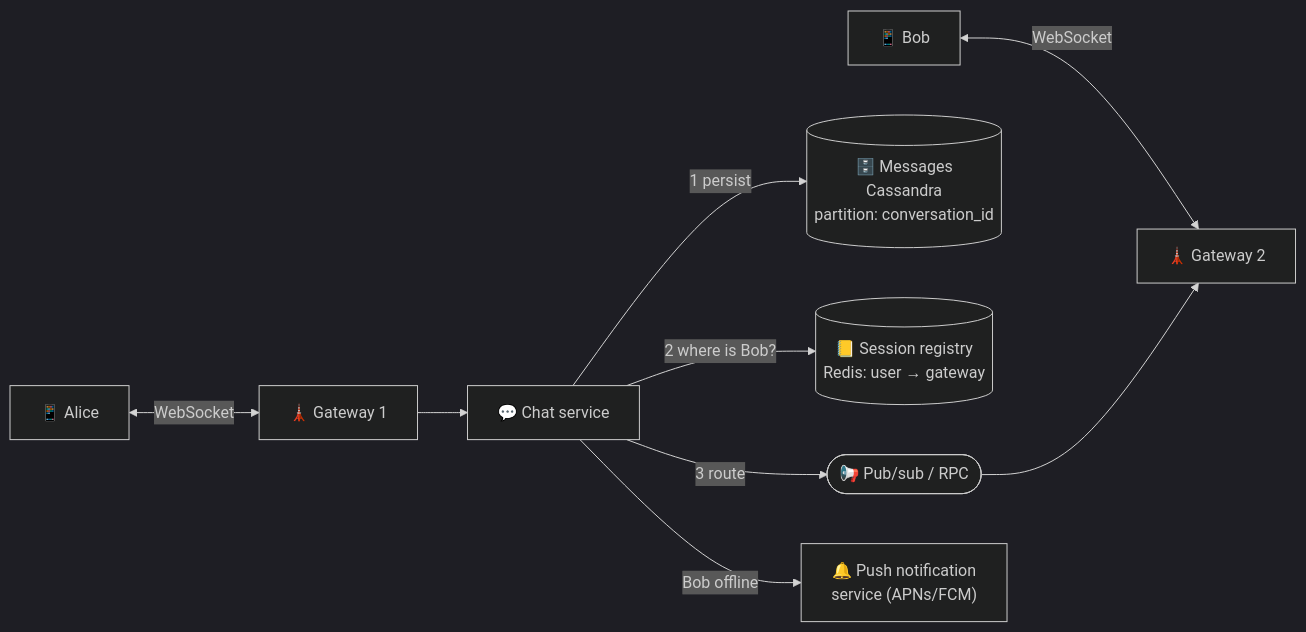
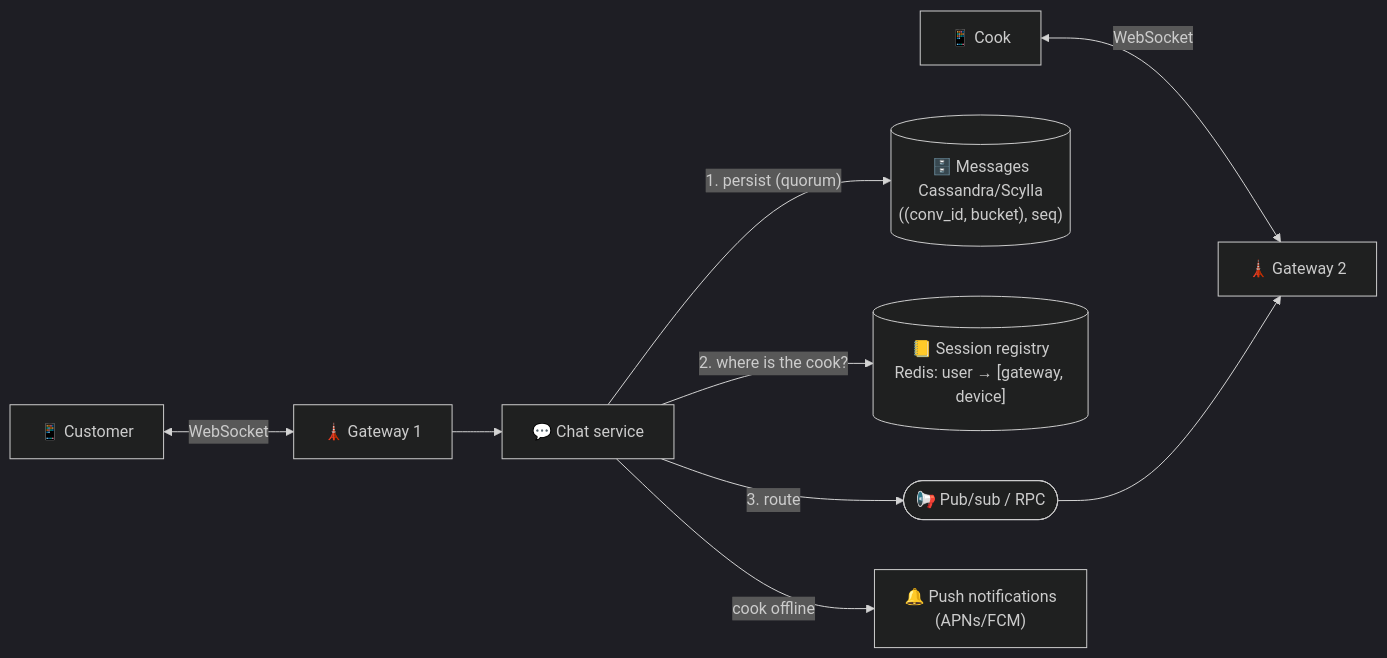
Before and after one commit to winnyboy5/System-Design-from-Atoms: the diagram in phases/09-core-case-studies/077-design-chat-app.md, drawn with Mermaid (dark theme). The commit also changed other lines of this file and 7 other files, not shown here.

````diff
--- a/phases/09-core-case-studies/077-design-chat-app.md
+++ b/phases/09-core-case-studies/077-design-chat-app.md
@@ -30,11 +43,11 @@
 ```mermaid
 flowchart LR
-    A["📱 Alice"] <-->|"WebSocket"| G1["🗼 Gateway 1"]
-    B["📱 Bob"] <-->|"WebSocket"| G2["🗼 Gateway 2"]
+    A["📱 Customer"] <-->|"WebSocket"| G1["🗼 Gateway 1"]
+    B["📱 Cook"] <-->|"WebSocket"| G2["🗼 Gateway 2"]
     G1 --> CS["💬 Chat service"]
-    CS -->|"1 persist"| MDB[("🗄️ Messages<br/>Cassandra<br/>partition: conversation_id")]
-    CS -->|"2 where is Bob?"| SR[("📒 Session registry<br/>Redis: user → gateway")]
-    CS -->|"3 route"| PS(["📢 Pub/sub / RPC"])
+    CS -->|"1. persist (quorum)"| MDB[("🗄️ Messages<br/>Cassandra/Scylla<br/>((conv_id, bucket), seq)")]
+    CS -->|"2. where is the cook?"| SR[("📒 Session registry<br/>Redis: user → [gateway, device]")]
+    CS -->|"3. route"| PS(["📢 Pub/sub / RPC"])
     PS --> G2
-    CS -->|"Bob offline"| PN["🔔 Push notification<br/>service (APNs/FCM)"]
+    CS -->|"cook offline"| PN["🔔 Push notifications<br/>(APNs/FCM)"]
 ```
````
